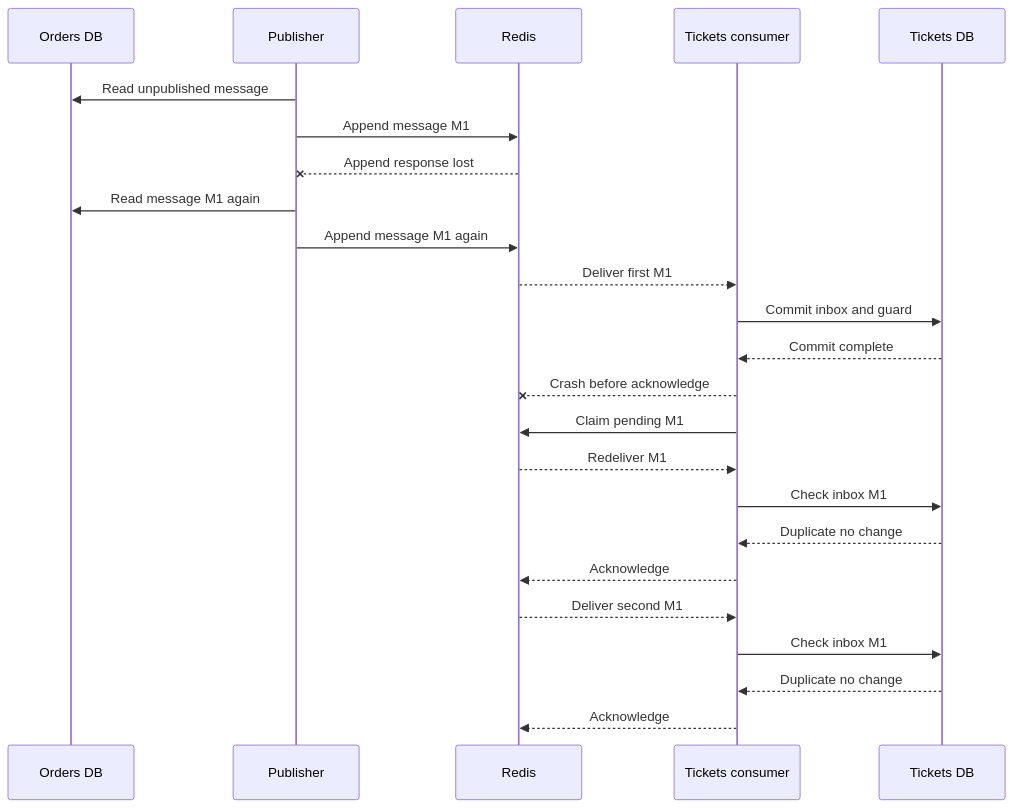
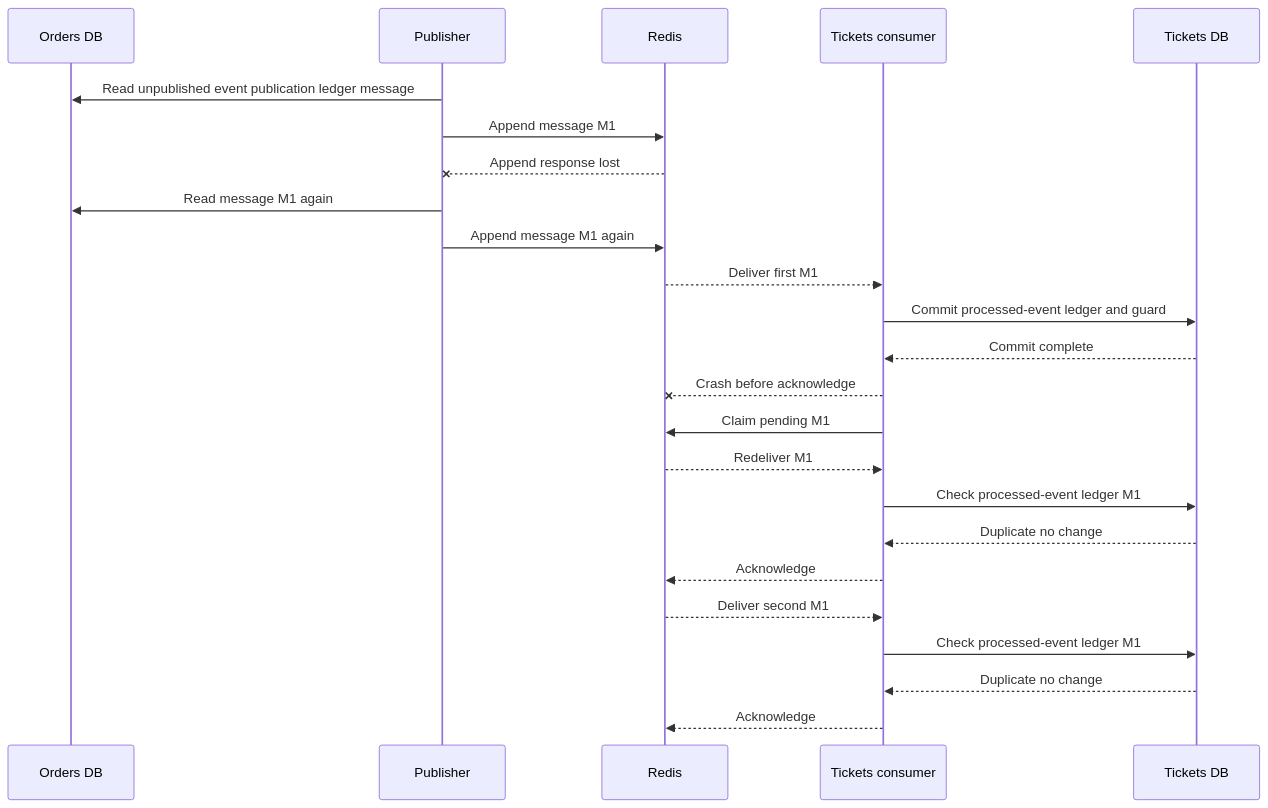
Before and after one commit to h19overflow/stubhub: diagram 13 of 16 in docs/system_design/sequence_diagrams.md, drawn with Mermaid. The commit also changed other lines of this file and 59 other files, not shown here.

````diff
--- a/docs/system_design/sequence_diagrams.md
+++ b/docs/system_design/sequence_diagrams.md
@@ -311,26 +311,26 @@
 ```mermaid
 sequenceDiagram
     participant OD as Orders DB
     participant P as Publisher
     participant R as Redis
     participant C as Tickets consumer
     participant TD as Tickets DB
-    P->>OD: Read unpublished message
+    P->>OD: Read unpublished event publication ledger message
     P->>R: Append message M1
     R--xP: Append response lost
     P->>OD: Read message M1 again
     P->>R: Append message M1 again
     R-->>C: Deliver first M1
-    C->>TD: Commit inbox and guard
+    C->>TD: Commit processed-event ledger and guard
     TD-->>C: Commit complete
     C--xR: Crash before acknowledge
     C->>R: Claim pending M1
     R-->>C: Redeliver M1
-    C->>TD: Check inbox M1
+    C->>TD: Check processed-event ledger M1
     TD-->>C: Duplicate no change
     C-->>R: Acknowledge
     R-->>C: Deliver second M1
-    C->>TD: Check inbox M1
+    C->>TD: Check processed-event ledger M1
     TD-->>C: Duplicate no change
     C-->>R: Acknowledge
 ```
````
